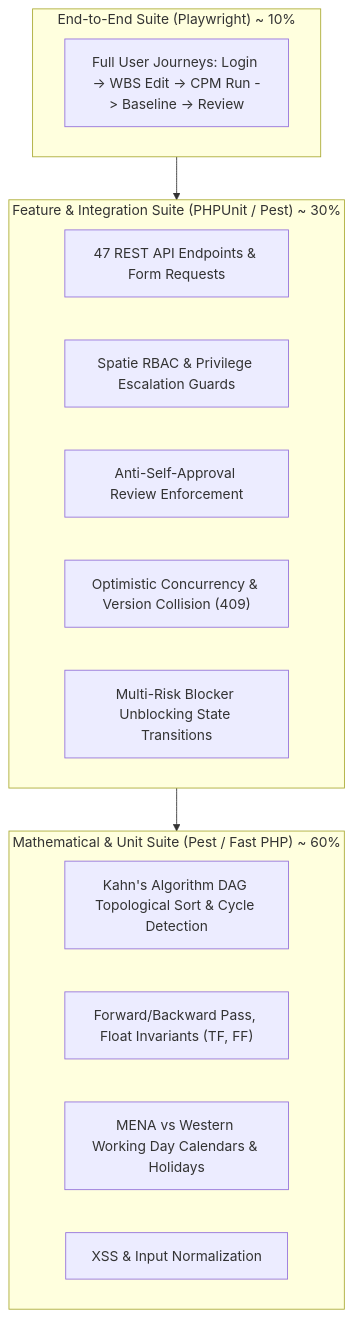
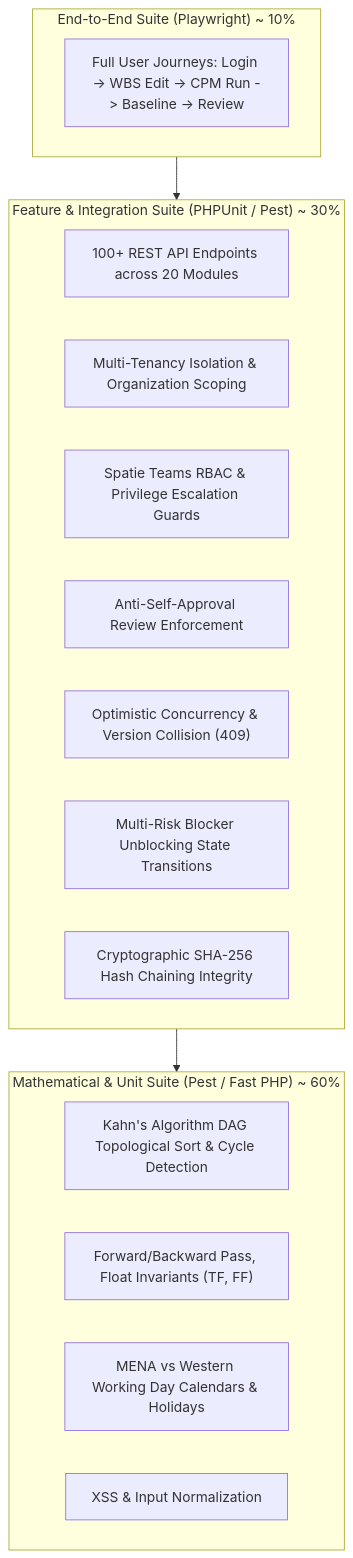
Before and after one commit to mohamedsalama175/Project-managment: the diagram in docs/10-TESTING-STRATEGY.md, drawn with Mermaid. The commit also changed other lines of this file and 244 other files, not shown here.

````diff
--- a/docs/10-TESTING-STRATEGY.md
+++ b/docs/10-TESTING-STRATEGY.md
@@ -14,24 +15,26 @@
 ```mermaid
 graph TD
     subgraph E2E ["End-to-End Suite (Playwright) ~ 10%"]
         E2E_Flow["Full User Journeys: Login -> WBS Edit -> CPM Run -> Baseline -> Review"]
     end
 
     subgraph Integration ["Feature & Integration Suite (PHPUnit / Pest) ~ 30%"]
-        API_Tests["47 REST API Endpoints & Form Requests"]
-        Auth_Tests["Spatie RBAC & Privilege Escalation Guards"]
+        API_Tests["100+ REST API Endpoints across 20 Modules"]
+        Tenant_Tests["Multi-Tenancy Isolation & Organization Scoping"]
+        Auth_Tests["Spatie Teams RBAC & Privilege Escalation Guards"]
         Anti_Self["Anti-Self-Approval Review Enforcement"]
         Locking_Tests["Optimistic Concurrency & Version Collision (409)"]
         Blocker_Tests["Multi-Risk Blocker Unblocking State Transitions"]
+        Audit_Tests["Cryptographic SHA-256 Hash Chaining Integrity"]
     end
 
     subgraph Unit ["Mathematical & Unit Suite (Pest / Fast PHP) ~ 60%"]
         CPM_Kahn["Kahn's Algorithm DAG Topological Sort & Cycle Detection"]
         CPM_Math["Forward/Backward Pass, Float Invariants (TF, FF)"]
         Date_Utils["MENA vs Western Working Day Calendars & Holidays"]
         Sanitization["XSS & Input Normalization"]
     end
 
     E2E --> Integration
     Integration --> Unit
 ```
````
